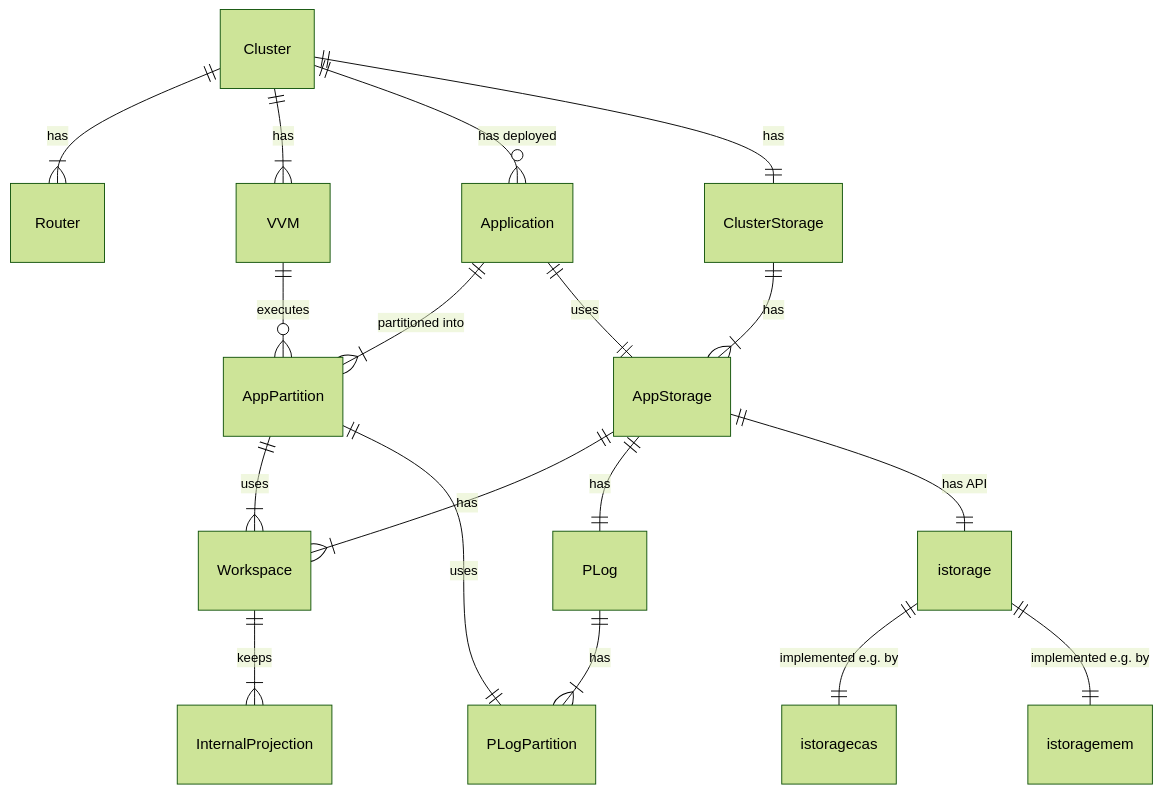
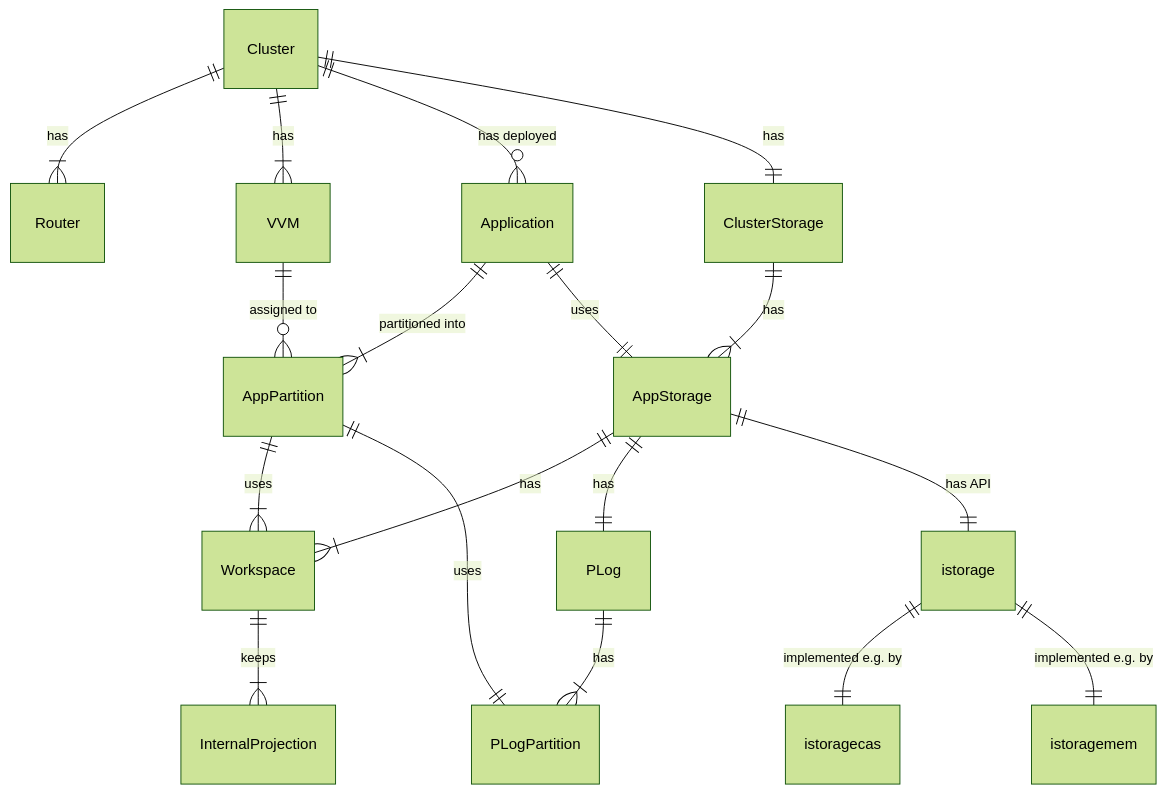
Before and after one commit to voedger/voedger: the third of 15 diagrams in design/README.md, drawn with Mermaid (forest theme). The commit also changed other lines of this file, not shown here.

Commit message:
VVM: Execute assigned AppPartition

````diff
--- a/design/README.md
+++ b/design/README.md
@@ -84,25 +84,25 @@
 ```mermaid
     erDiagram
     Cluster ||--|{ Router : has
     Cluster ||--|{ VVM : has
     Cluster ||--o{ Application : "has deployed"
     Cluster ||--|| ClusterStorage : has
     ClusterStorage ||--|{ AppStorage : has
 
     Application ||--|{ AppPartition : "partitioned into"
     Application ||--|| AppStorage : "uses"
     AppPartition ||--|{ Workspace : "uses"
     AppPartition ||--|| PLogPartition : "uses"
 
     AppStorage ||--|{ Workspace: has
     AppStorage ||--|| PLog: has
 
     AppStorage ||--|| istorage: "has API"
     istorage ||--|| istoragecas : "implemented e.g. by"
     istorage ||--|| istoragemem : "implemented e.g. by"
 
     Workspace ||--|{ InternalProjection: keeps
     PLog ||--|{ PLogPartition : has
 
-    VVM ||--o{ AppPartition : "executes"
+    VVM ||--o{ AppPartition : "assigned to"
 ```
````
